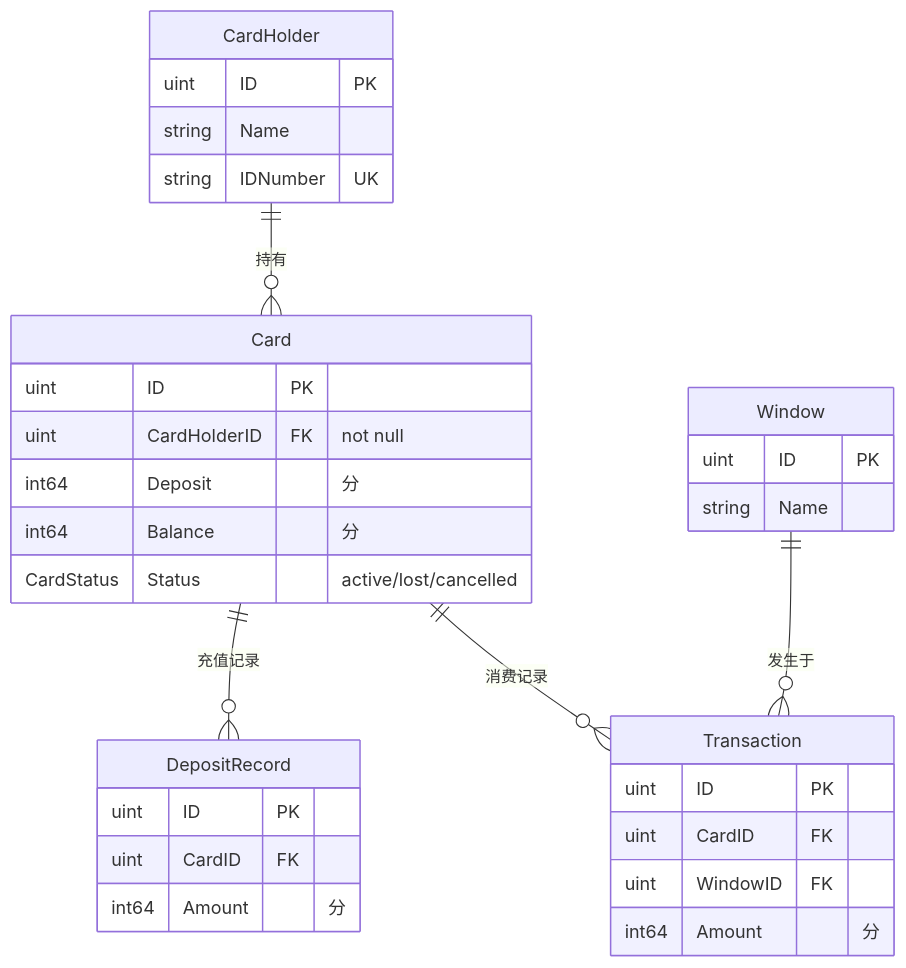
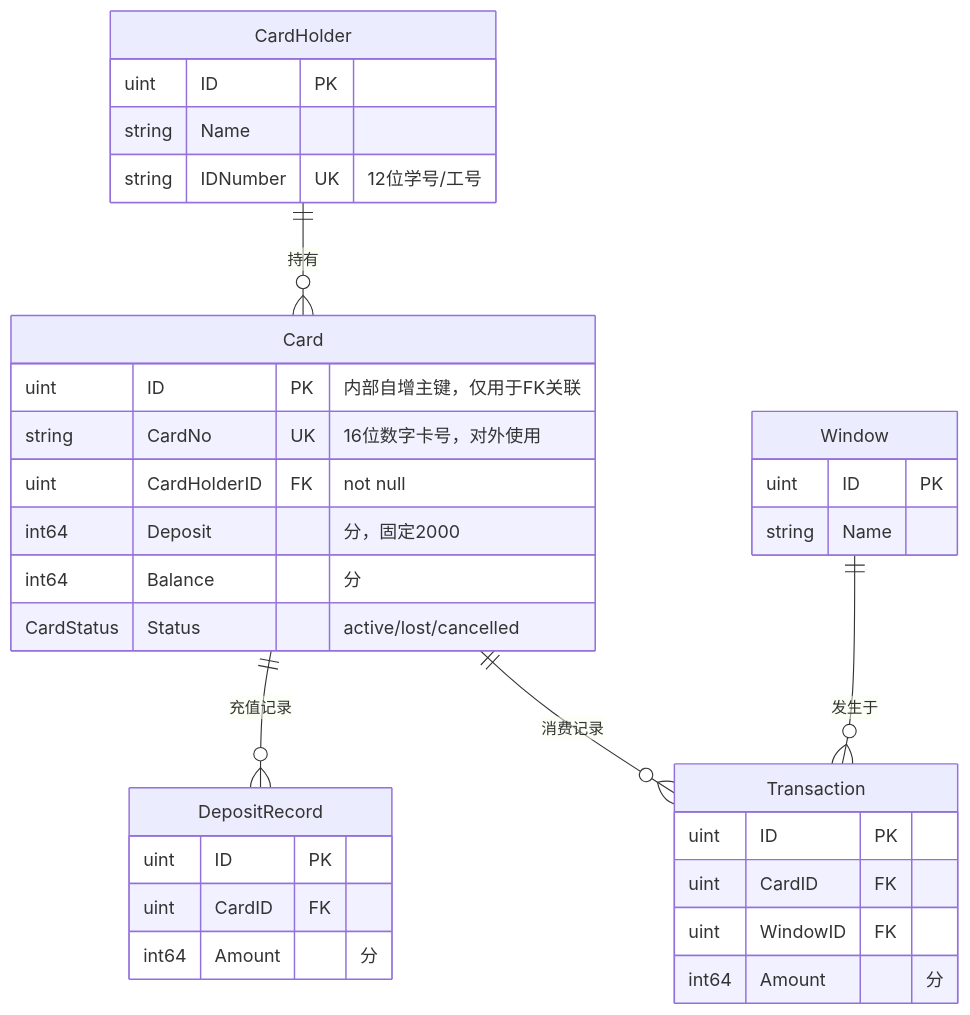
Before and after one commit to furutachiKurea/meal-card: the diagram in docs/architecture.md, drawn with Mermaid. The commit also changed other lines of this file and 29 other files, not shown here.

````diff
--- a/docs/architecture.md
+++ b/docs/architecture.md
@@ -36,35 +41,36 @@
 ```mermaid
 erDiagram
     CardHolder ||--o{ Card : "持有"
     Card ||--o{ DepositRecord : "充值记录"
     Card ||--o{ Transaction : "消费记录"
     Window ||--o{ Transaction : "发生于"
 
     CardHolder {
         uint ID PK
         string Name
-        string IDNumber UK
+        string IDNumber UK "12位学号/工号"
     }
     Card {
-        uint ID PK
+        uint ID PK "内部自增主键，仅用于FK关联"
+        string CardNo UK "16位数字卡号，对外使用"
         uint CardHolderID FK "not null"
-        int64 Deposit "分"
+        int64 Deposit "分，固定2000"
         int64 Balance "分"
         CardStatus Status "active/lost/cancelled"
     }
     DepositRecord {
         uint ID PK
         uint CardID FK
         int64 Amount "分"
     }
     Transaction {
         uint ID PK
         uint CardID FK
         uint WindowID FK
         int64 Amount "分"
     }
     Window {
         uint ID PK
         string Name
     }
 ```
````
